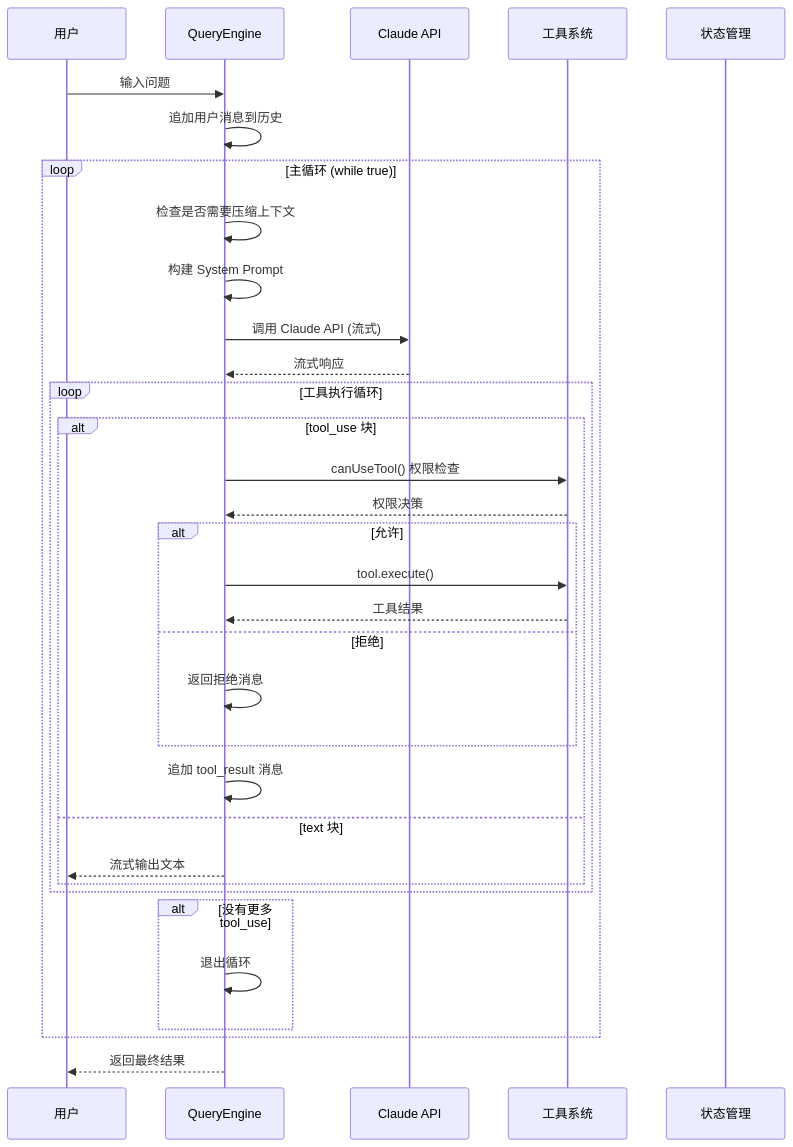
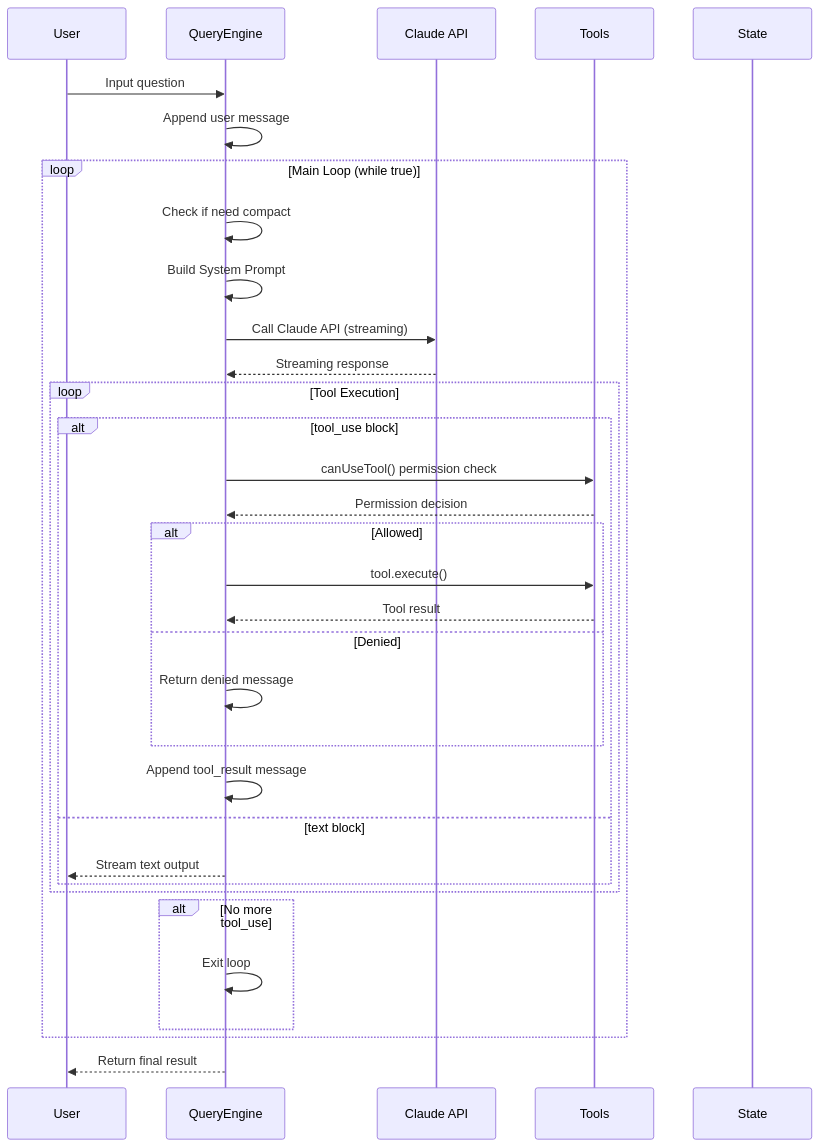
One commit to zenHeart/claude-code-sourcemap changed the fourth of 12 diagrams in analysis.md. Above: the diagram before and after it, drawn with Mermaid. The commit also changed other lines of this file, not shown here.

````diff
--- a/analysis.md
+++ b/analysis.md
@@ -267,40 +252,40 @@
 ```mermaid
 sequenceDiagram
-    participant User as 用户
+    participant User
     participant QE as QueryEngine
     participant API as Claude API
-    participant Tools as 工具系统
-    participant Store as 状态管理
+    participant Tools as Tools
+    participant Store as State
 
-    User->>QE: 输入问题
-    QE->>QE: 追加用户消息到历史
+    User->>QE: Input question
+    QE->>QE: Append user message
 
-    loop 主循环 (while true)
-        QE->>QE: 检查是否需要压缩上下文
-        QE->>QE: 构建 System Prompt
-        QE->>API: 调用 Claude API (流式)
-        API-->>QE: 流式响应
+    loop Main Loop (while true)
+        QE->>QE: Check if need compact
+        QE->>QE: Build System Prompt
+        QE->>API: Call Claude API (streaming)
+        API-->>QE: Streaming response
 
-        loop 工具执行循环
-            alt tool_use 块
-                QE->>Tools: canUseTool() 权限检查
-                Tools-->>QE: 权限决策
-                alt 允许
+        loop Tool Execution
+            alt tool_use block
+                QE->>Tools: canUseTool() permission check
+                Tools-->>QE: Permission decision
+                alt Allowed
                     QE->>Tools: tool.execute()
-                    Tools-->>QE: 工具结果
-                else 拒绝
-                    QE->>QE: 返回拒绝消息
+                    Tools-->>QE: Tool result
+                else Denied
+                    QE->>QE: Return denied message
                 end
-                QE->>QE: 追加 tool_result 消息
-            else text 块
-                QE-->>User: 流式输出文本
+                QE->>QE: Append tool_result message
+            else text block
+                QE-->>User: Stream text output
             end
         end
 
-        alt 没有更多 tool_use
-            QE->>QE: 退出循环
+        alt No more tool_use
+            QE->>QE: Exit loop
         end
     end
 
-    QE-->>User: 返回最终结果
+    QE-->>User: Return final result
 ```
````
